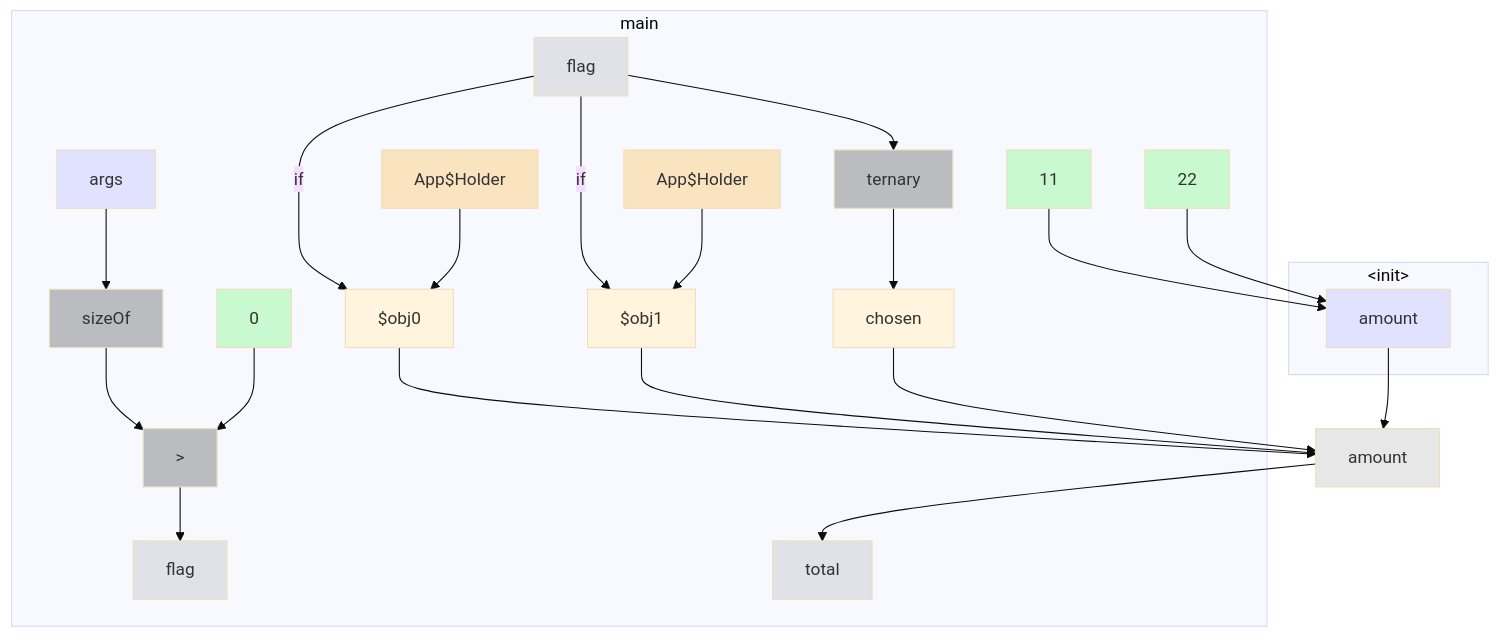
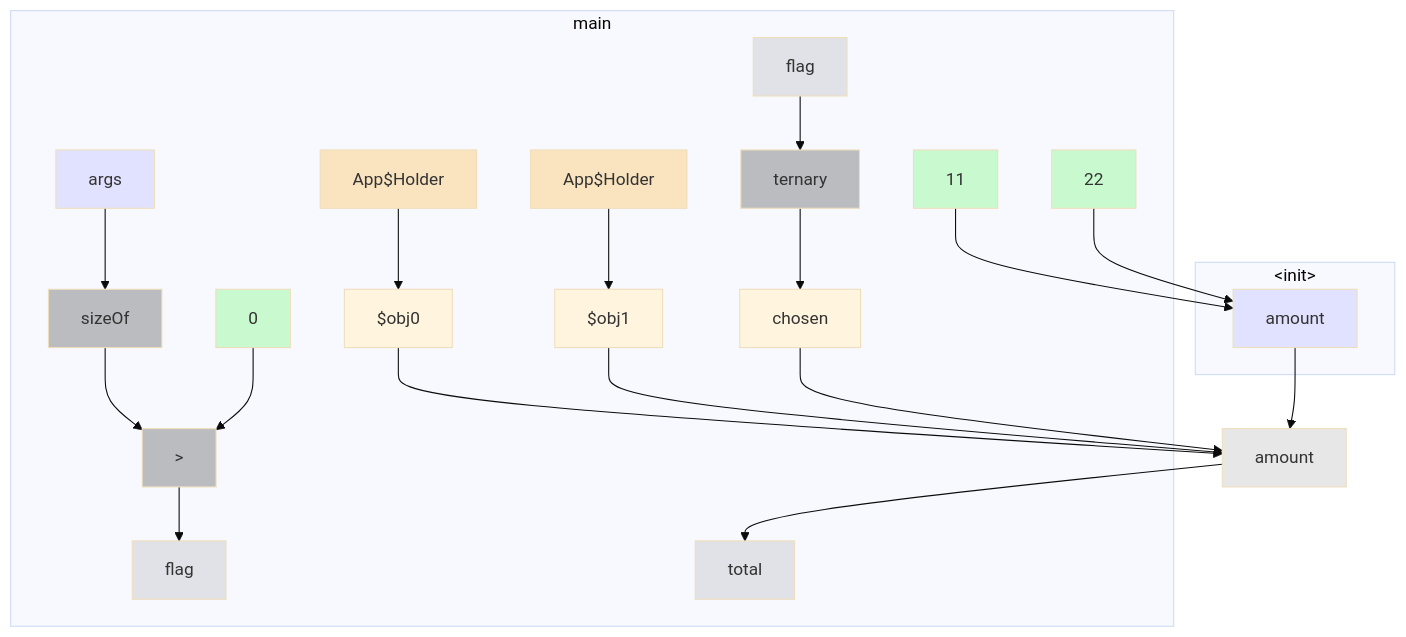
Before and after one commit to gstiebler/codeflow: the diagram in app/src/test/resources/aliasTernary/spike-truth.md, drawn with Mermaid (base theme). The commit also changed 17 other files, not shown here.

````diff
--- a/app/src/test/resources/aliasTernary/spike-truth.md
+++ b/app/src/test/resources/aliasTernary/spike-truth.md
@@ -3,48 +3,46 @@
 ```mermaid
 flowchart TD
   subgraph m0["#lt;init#gt;"]
     n0["amount"]:::FUNC_PARAM
   end
   subgraph m1["main"]
     n1["#gt;"]:::BIN_OP
     n2["sizeOf"]:::BIN_OP
     n3["ternary"]:::BIN_OP
     n4["App$Holder"]:::EXTERNAL
     n5["App$Holder"]:::EXTERNAL
     n6["args"]:::FUNC_PARAM
     n7["0"]:::LITERAL
     n8["11"]:::LITERAL
     n9["22"]:::LITERAL
     n10["$obj0"]:::OBJ_VARIABLE
     n11["$obj1"]:::OBJ_VARIABLE
     n12["chosen"]:::OBJ_VARIABLE
     n13["flag"]:::VARIABLE
     n14["flag"]:::VARIABLE
     n15["total"]:::VARIABLE
   end
   n16["amount"]:::VARIABLE
   n0 --> n16
   n1 --> n14
   n10 --> n16
   n11 --> n16
   n12 --> n16
   n13 --> n3
-  n13 -->|if| n10
-  n13 -->|if| n11
   n16 --> n15
   n2 --> n1
   n3 --> n12
   n4 --> n10
   n5 --> n11
   n6 --> n2
   n7 --> n1
   n8 --> n0
   n9 --> n0
   classDef LITERAL fill:#00FF0030
   classDef VARIABLE fill:#80808030
   classDef BIN_OP fill:#80808080
   classDef FUNC_PARAM fill:#8080FF30
   classDef RETURN fill:#FF808080
   classDef EXTERNAL fill:#FFA50040
   classDef UNMODELLED fill:#FF000030,stroke-dasharray: 4 2
 ```
````
